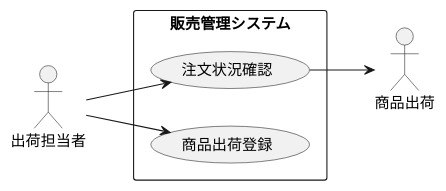
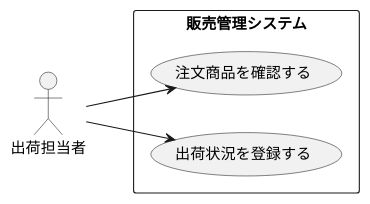
The diagram in 演習2-5_盛岡商事_販売管理システム.pu (useruser0123/uml-introduction), drawn with PlantUML before and after one commit.

Commit message:
演習2-5　修正

```diff
--- a/演習2-5_盛岡商事_販売管理システム.pu
+++ b/演習2-5_盛岡商事_販売管理システム.pu
@@ -1,11 +1,10 @@
 @startuml 販売管理システム
 left to right direction
 actor 出荷担当者
 rectangle "販売管理システム" as system {
-usecase 注文状況確認
-usecase 商品出荷登録
+usecase 注文商品を確認する as a
+usecase 出荷状況を登録する as b
 }
-出荷担当者 --> 注文状況確認
-注文状況確認 --> 商品出荷
-出荷担当者 --> 商品出荷登録
+出荷担当者 --> b
+出荷担当者 --> a
 @enduml
```
